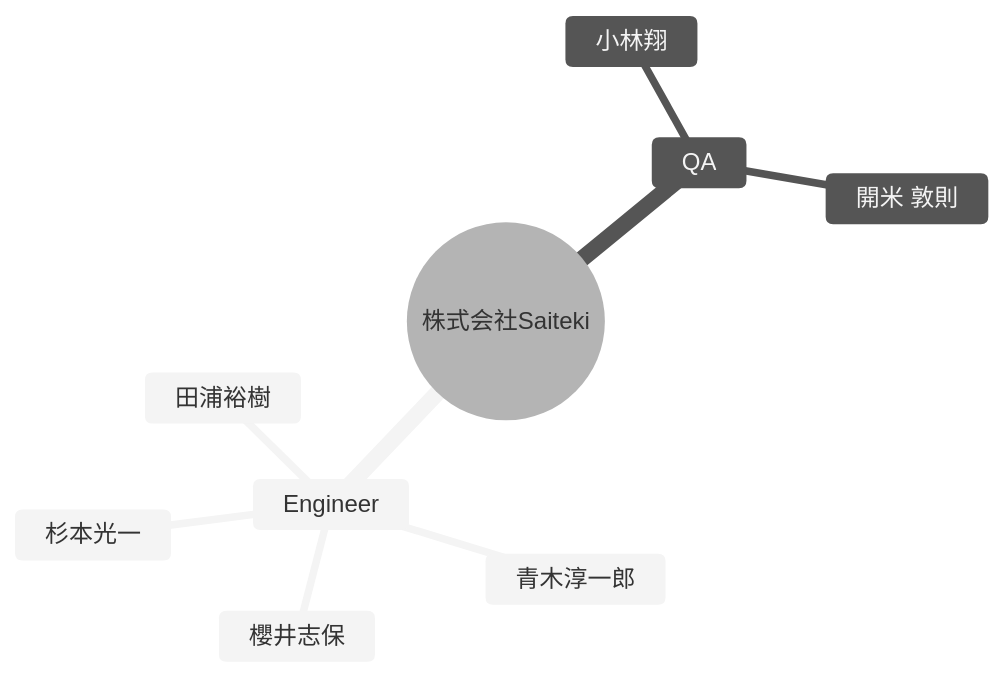
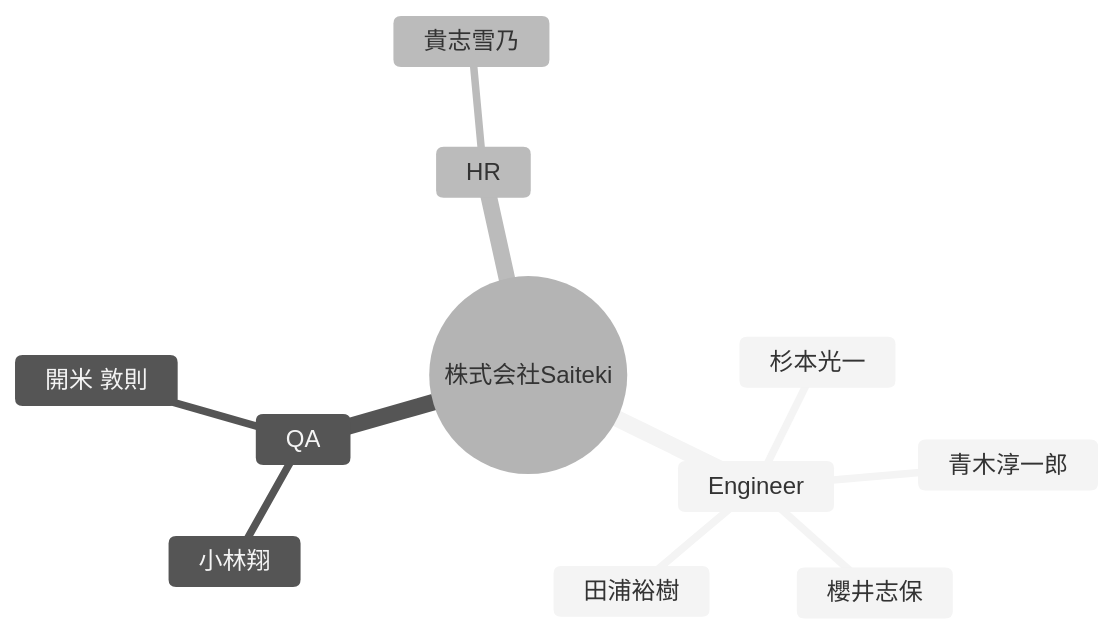
One commit to Saitekiinc-com/saiteki-employee-management changed the diagram in docs/TEAM.md. Above: the diagram before and after it, drawn with Mermaid (neutral theme). The commit also changed other lines of this file and 2 other files, not shown here.

Commit message:
Update employee data from Issue #10

````diff
--- a/docs/TEAM.md
+++ b/docs/TEAM.md
@@ -5,12 +5,14 @@
 ```mermaid
 mindmap
   root((株式会社Saiteki))
     Engineer
       杉本光一
       青木淳一郎
       櫻井志保
       田浦裕樹
     QA
       小林翔
       開米 敦則
+    HR
+      貴志雪乃
 ```
````
